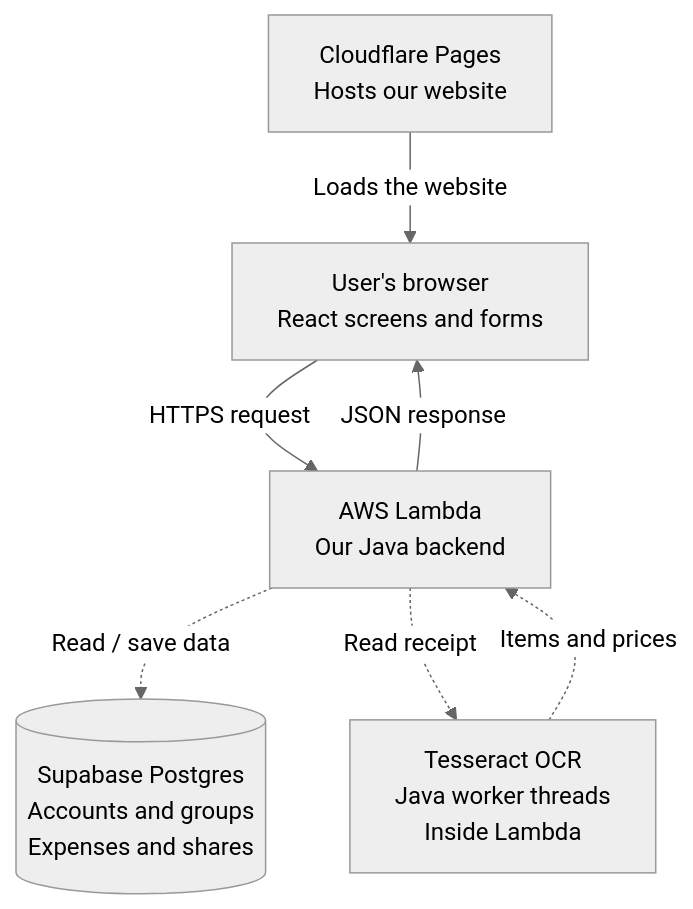
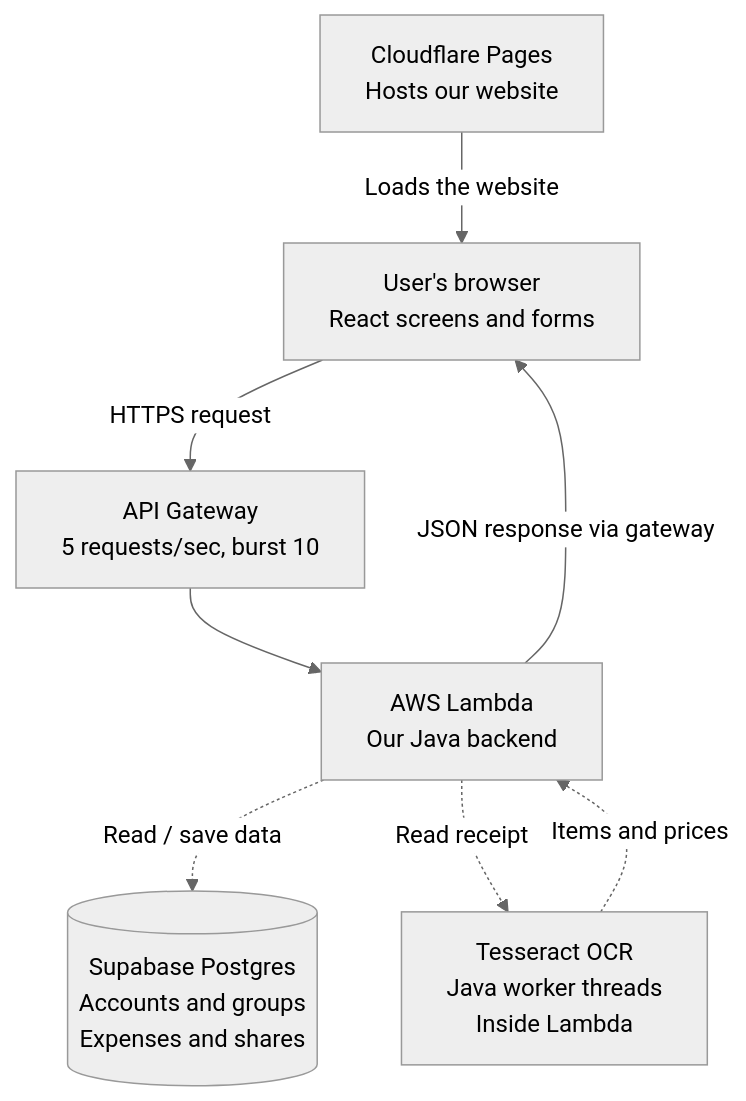
One commit to acesava/CSCI201-Team3 changed the first of 2 diagrams in README.md. Above: the diagram before and after it, drawn with Mermaid (neutral theme). The commit also changed other lines of this file and 6 other files, not shown here.

Commit message:
Throttle public API through API Gateway (#3)

````diff
--- a/README.md
+++ b/README.md
@@ -16,9 +16,10 @@
 ```mermaid
 flowchart TD
     CF["Cloudflare Pages<br/>Hosts our website"] -->|Loads the website| FE["User's browser<br/>React screens and forms"]
-    FE -->|HTTPS request| API["AWS Lambda<br/>Our Java backend"]
-    API -->|JSON response| FE
+    FE -->|HTTPS request| GW["API Gateway<br/>5 requests/sec, burst 10"]
+    GW --> API["AWS Lambda<br/>Our Java backend"]
+    API -->|JSON response via gateway| FE
     API -.->|Read / save data| DB[("Supabase Postgres<br/>Accounts and groups<br/>Expenses and shares")]
     API -.->|Read receipt| OCR["Tesseract OCR<br/>Java worker threads<br/>Inside Lambda"]
     OCR -.->|Items and prices| API
 ```
````
